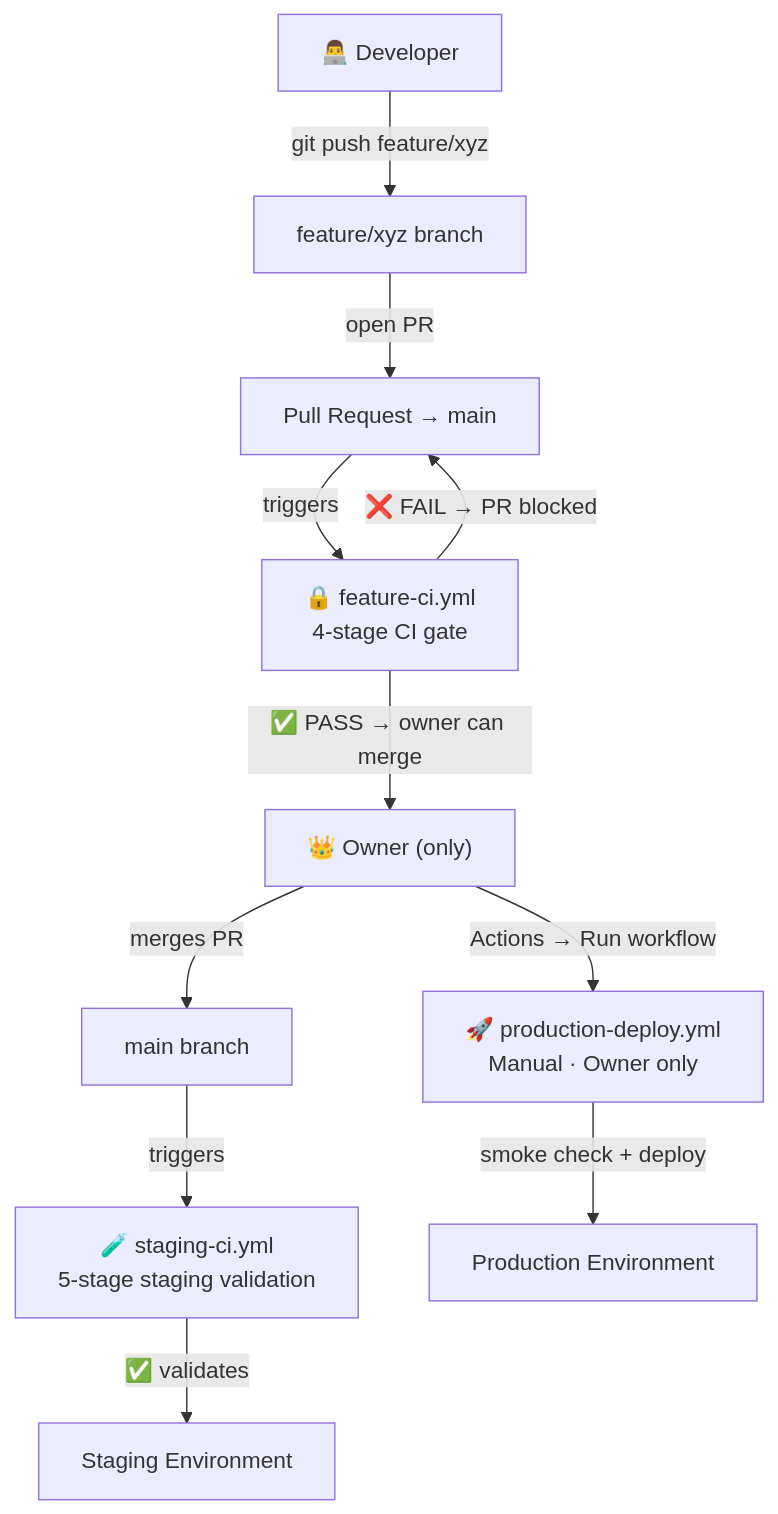
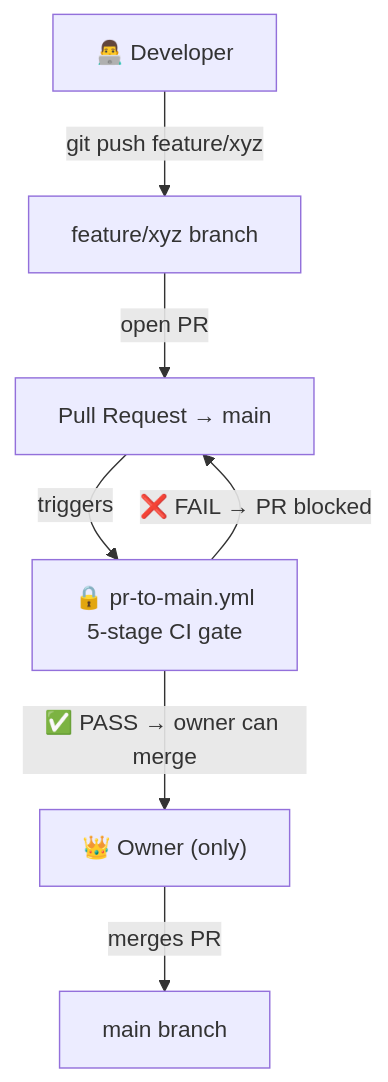
One commit to ayushsoni155/local-test changed the diagram in ci-pipeline-guide.md. Above: the diagram before and after it, drawn with Mermaid. The commit also changed other lines of this file and 14 other files, not shown here.

````diff
--- a/ci-pipeline-guide.md
+++ b/ci-pipeline-guide.md
@@ -10,24 +10,16 @@
 ```mermaid
 flowchart TD
     Dev["👨‍💻 Developer"]
     FB["feature/xyz branch"]
     PR["Pull Request → main"]
-    CI1["🔒 feature-ci.yml\n4-stage CI gate"]
+    CI1["🔒 pr-to-main.yml\n5-stage CI gate"]
     Owner["👑 Owner (only)"]
     Main["main branch"]
-    CI2["🧪 staging-ci.yml\n5-stage staging validation"]
-    Staging["Staging Environment"]
-    ProdDeploy["🚀 production-deploy.yml\nManual · Owner only"]
-    Prod["Production Environment"]
 
     Dev -->|"git push feature/xyz"| FB
     FB -->|"open PR"| PR
     PR -->|"triggers"| CI1
     CI1 -->|"❌ FAIL → PR blocked"| PR
     CI1 -->|"✅ PASS → owner can merge"| Owner
     Owner -->|"merges PR"| Main
-    Main -->|"triggers"| CI2
-    CI2 -->|"✅ validates"| Staging
-    Owner -->|"Actions → Run workflow"| ProdDeploy
-    ProdDeploy -->|"smoke check + deploy"| Prod
 ```
````
